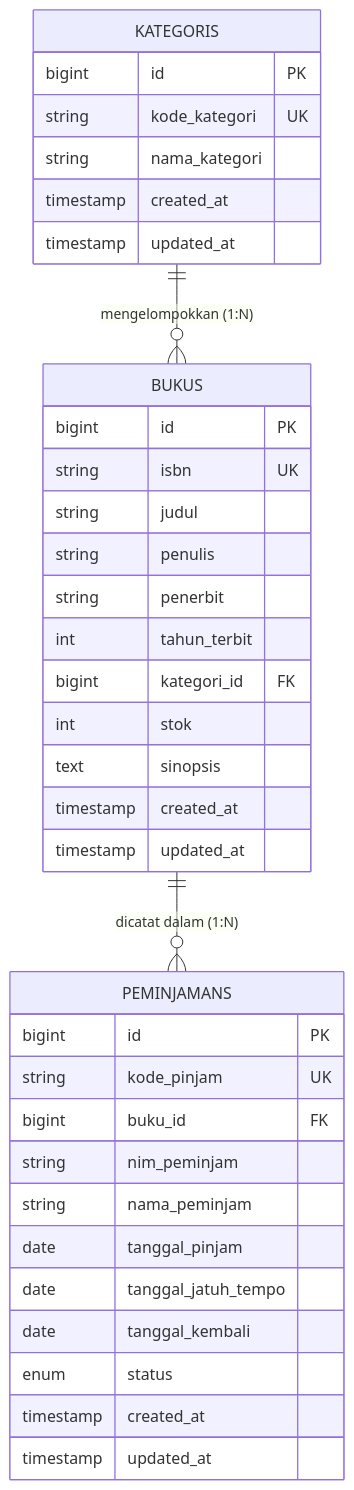
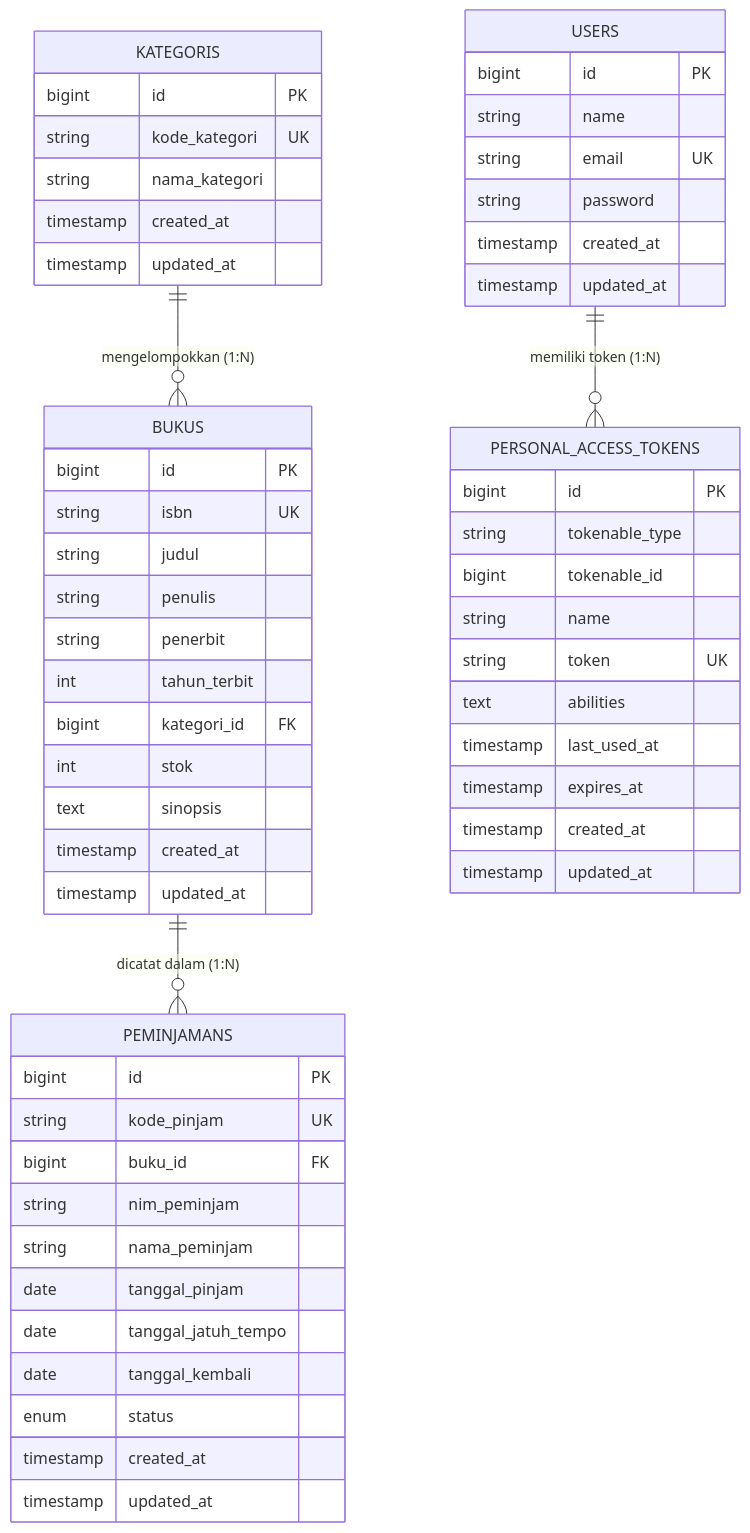
Before and after one commit to ChoqySirait/ppw-2026-week5-12S24012: the sixth of 6 diagrams in README.md, drawn with Mermaid. The commit also changed other lines of this file and 3 other files, not shown here.

````diff
--- a/README.md
+++ b/README.md
@@ -88,41 +860,64 @@
 ```mermaid
 erDiagram
 	KATEGORIS ||--o{ BUKUS : "mengelompokkan (1:N)"
 	BUKUS ||--o{ PEMINJAMANS : "dicatat dalam (1:N)"
+	USERS ||--o{ PERSONAL_ACCESS_TOKENS : "memiliki token (1:N)"
 
 	KATEGORIS {
 		bigint id PK
 		string kode_kategori UK
 		string nama_kategori
 		timestamp created_at
 		timestamp updated_at
 	}
 
 	BUKUS {
 		bigint id PK
 		string isbn UK
 		string judul
 		string penulis
 		string penerbit
 		int tahun_terbit
 		bigint kategori_id FK
 		int stok
 		text sinopsis
 		timestamp created_at
 		timestamp updated_at
 	}
 
 	PEMINJAMANS {
 		bigint id PK
 		string kode_pinjam UK
 		bigint buku_id FK
 		string nim_peminjam
 		string nama_peminjam
 		date tanggal_pinjam
 		date tanggal_jatuh_tempo
 		date tanggal_kembali
 		enum status
 		timestamp created_at
 		timestamp updated_at
 	}
+
+	USERS {
+		bigint id PK
+		string name
+		string email UK
+		string password
+		timestamp created_at
+		timestamp updated_at
+	}
+
+	PERSONAL_ACCESS_TOKENS {
+		bigint id PK
+		string tokenable_type
+		bigint tokenable_id
+		string name
+		string token UK
+		text abilities
+		timestamp last_used_at
+		timestamp expires_at
+		timestamp created_at
+		timestamp updated_at
+	}
 ```
````
